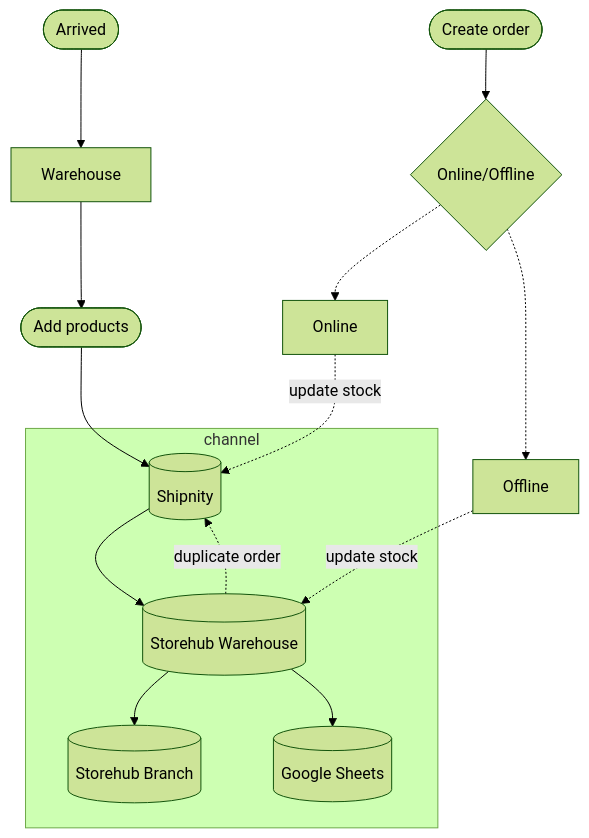
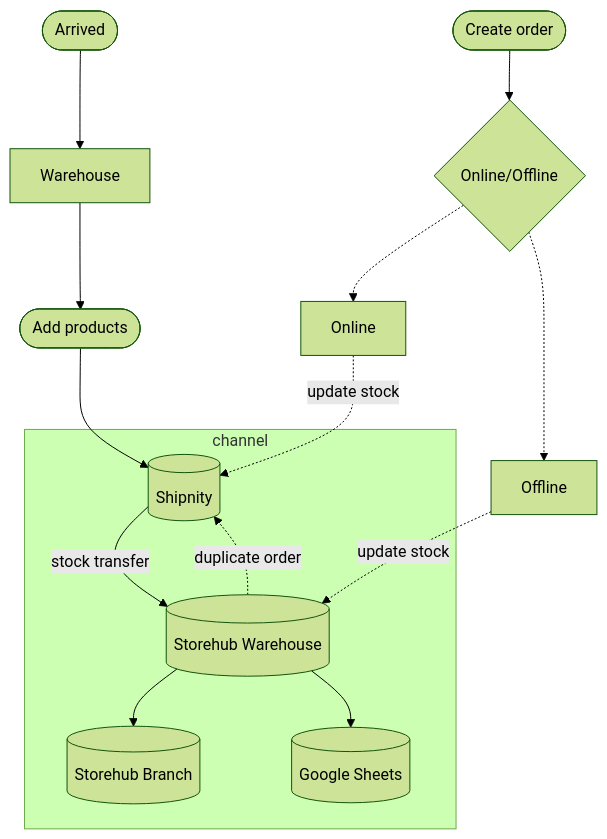
Before and after one commit to turboza/urthe-documentation: the diagram in stock-flow.md, drawn with Mermaid (forest theme). The commit also changed 3 other files, not shown here.

````diff
--- a/stock-flow.md
+++ b/stock-flow.md
@@ -3,18 +3,18 @@
 ```mermaid
 flowchart TD
     Arrived([Arrived]) --> Warehouse
     Warehouse --> AddProduct([Add products])
     AddProduct --> Shipnity[(Shipnity)]
     
     subgraph channel
-        Shipnity[(Shipnity)] --> StorehubWarehouse
+        Shipnity[(Shipnity)]-- stock transfer --> StorehubWarehouse
         StorehubWarehouse[(Storehub Warehouse)] --> StorehubBranch[(Storehub Branch)] & GoogleSheets[(Google Sheets)]
     end
 
     CreateOrder([Create order]) 
     CreateOrder --> Channels{Online/Offline}
     Channels .-> Online & Offline
     Online-. update stock .-> Shipnity
     Offline-. update stock .-> StorehubWarehouse
     StorehubWarehouse-. duplicate order .->Shipnity
 ```
````
